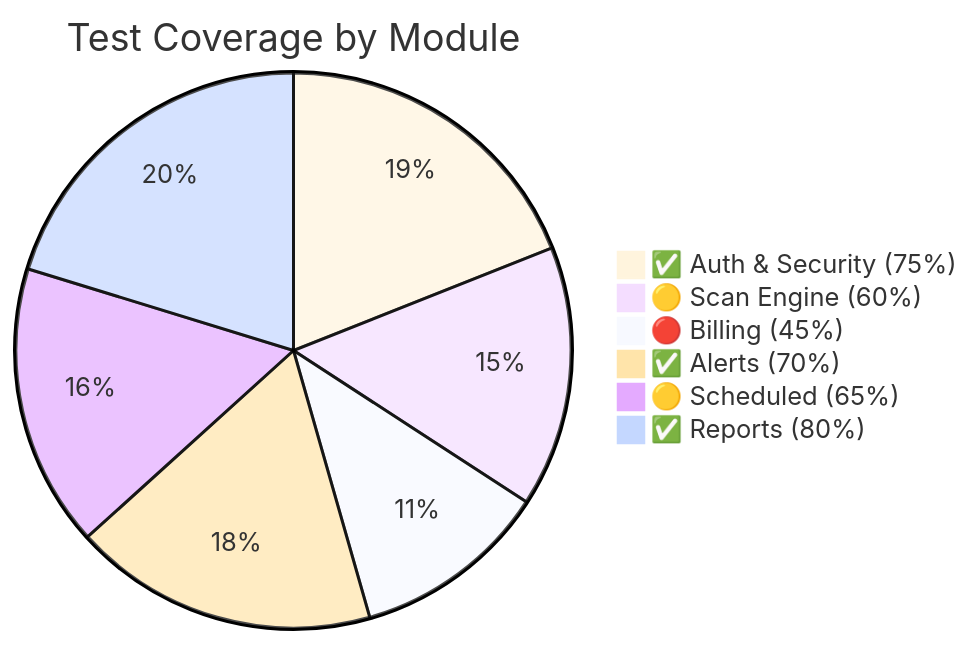
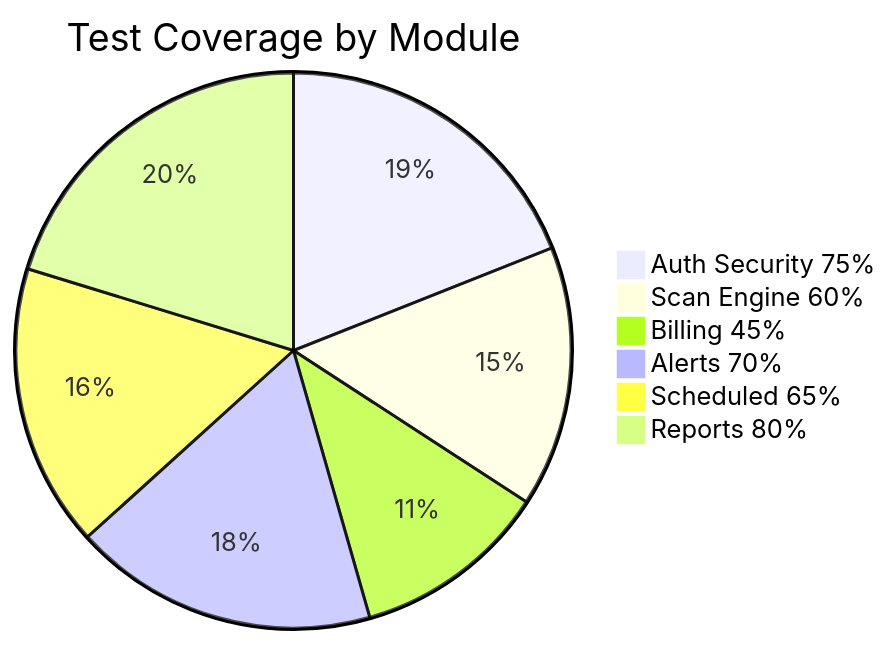
Before and after one commit to Khan-Feroz211/MyCyber-Project: the third of 6 diagrams in README.md, drawn with Mermaid. The commit also changed other lines of this file, not shown here.

Commit message:
docs: fix all mermaid diagrams for GitHub - remove init blocks, style statements, simplify syntax

````diff
--- a/README.md
+++ b/README.md
@@ -161,11 +133,9 @@
 ```mermaid
-%%{init: {'theme': 'base'}}%%
-pie
-    title Test Coverage by Module
-    "✅ Auth & Security (75%)" : 75
-    "🟡 Scan Engine (60%)" : 60
-    "🔴 Billing (45%)" : 45
-    "✅ Alerts (70%)" : 70
-    "🟡 Scheduled (65%)" : 65
-    "✅ Reports (80%)" : 80
+pie title Test Coverage by Module
+    "Auth Security 75%" : 75
+    "Scan Engine 60%" : 60
+    "Billing 45%" : 45
+    "Alerts 70%" : 70
+    "Scheduled 65%" : 65
+    "Reports 80%" : 80
 ```
````
